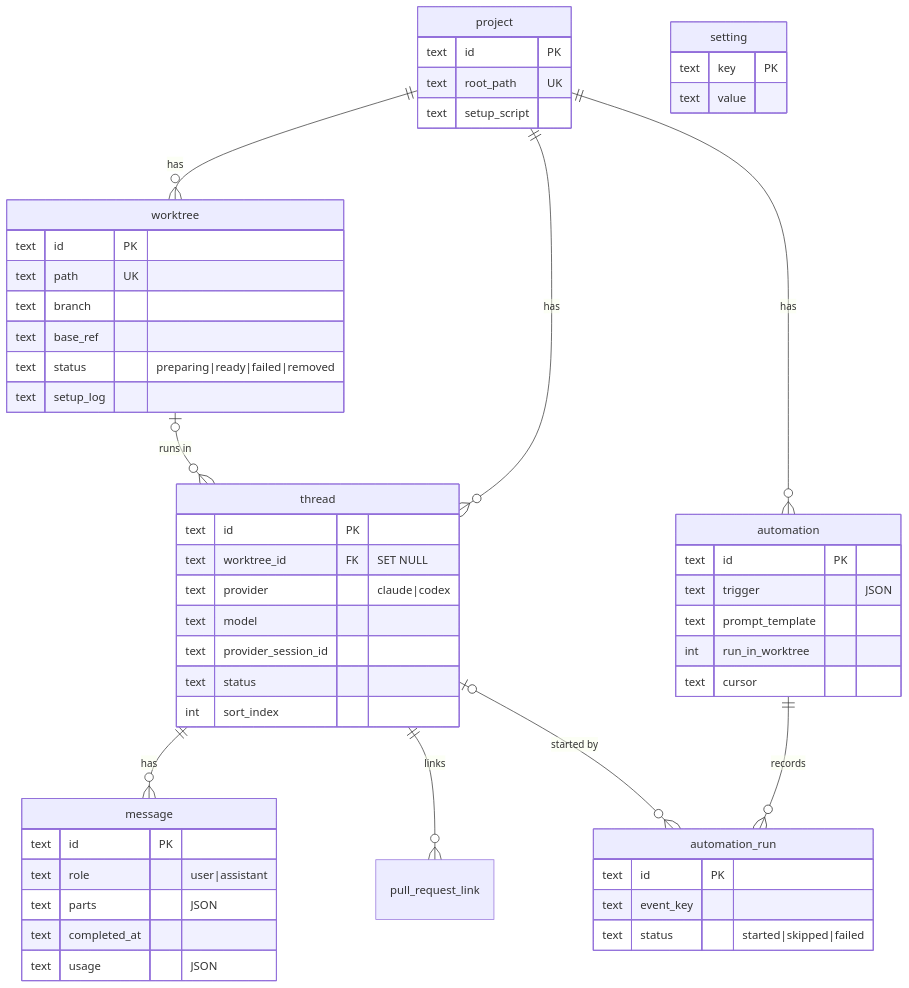
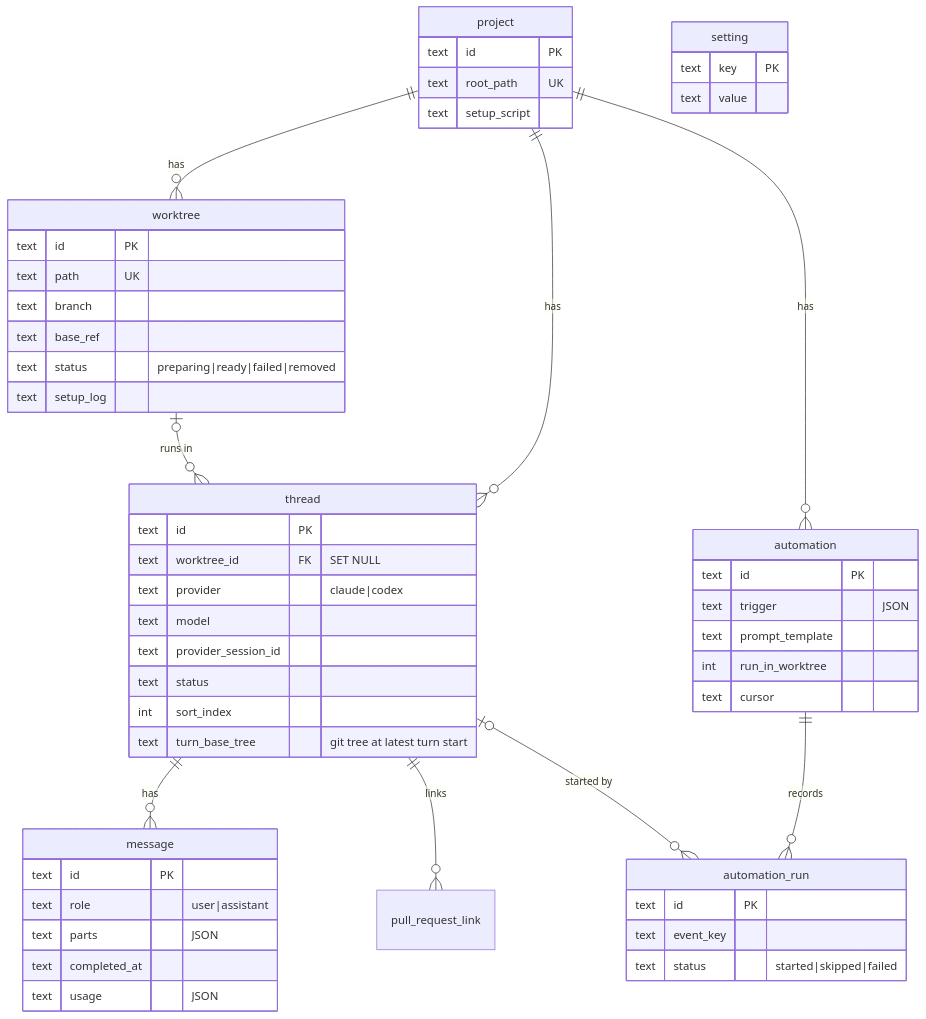
The seventh of 12 diagrams in docs/arch.md (hinadev-ai/hinacode), drawn with Mermaid before and after one commit. The commit also changed 1 other file, not shown here.

Commit message:
docs(panel): describe the Diff and PR tabs

````diff
--- a/docs/arch.md
+++ b/docs/arch.md
@@ -209,57 +209,58 @@
 ```mermaid
 erDiagram
   project ||--o{ worktree : has
   project ||--o{ thread : has
   project ||--o{ automation : has
   worktree |o--o{ thread : "runs in"
   thread ||--o{ message : has
   thread ||--o{ pull_request_link : links
   automation ||--o{ automation_run : records
   thread |o--o{ automation_run : "started by"
 
   project {
     text id PK
     text root_path UK
     text setup_script
   }
   worktree {
     text id PK
     text path UK
     text branch
     text base_ref
     text status "preparing|ready|failed|removed"
     text setup_log
   }
   thread {
     text id PK
     text worktree_id FK "SET NULL"
     text provider "claude|codex"
     text model
     text provider_session_id
     text status
     int sort_index
+    text turn_base_tree "git tree at latest turn start"
   }
   message {
     text id PK
     text role "user|assistant"
     text parts "JSON"
     text completed_at
     text usage "JSON"
   }
   automation {
     text id PK
     text trigger "JSON"
     text prompt_template
     int run_in_worktree
     text cursor
   }
   automation_run {
     text id PK
     text event_key
     text status "started|skipped|failed"
   }
   setting {
     text key PK
     text value
   }
 ```
````
